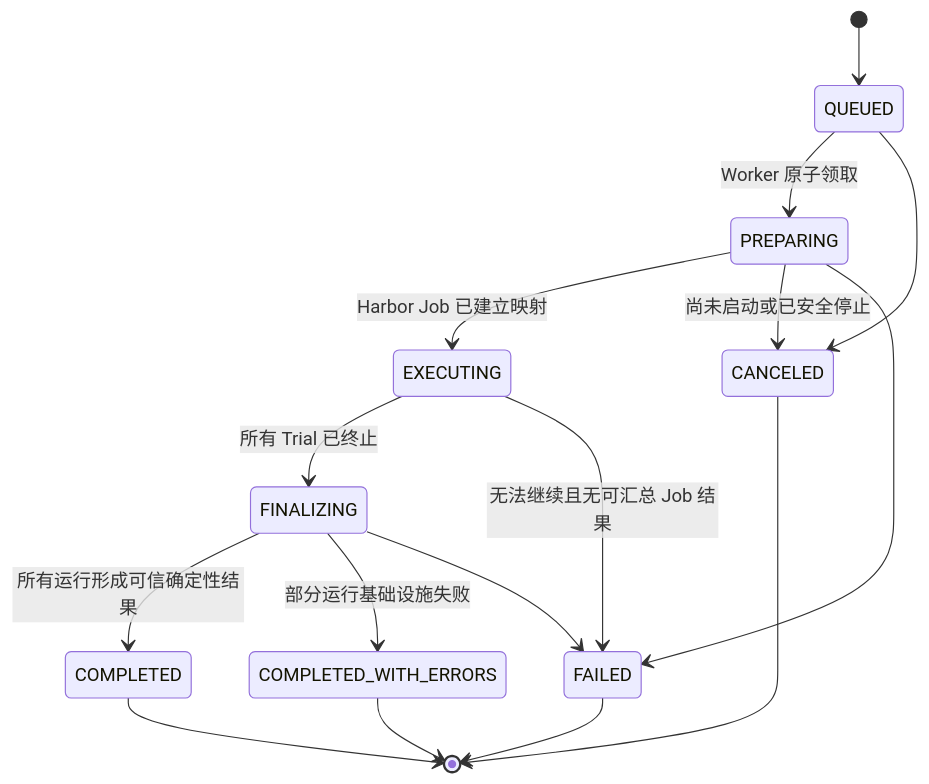
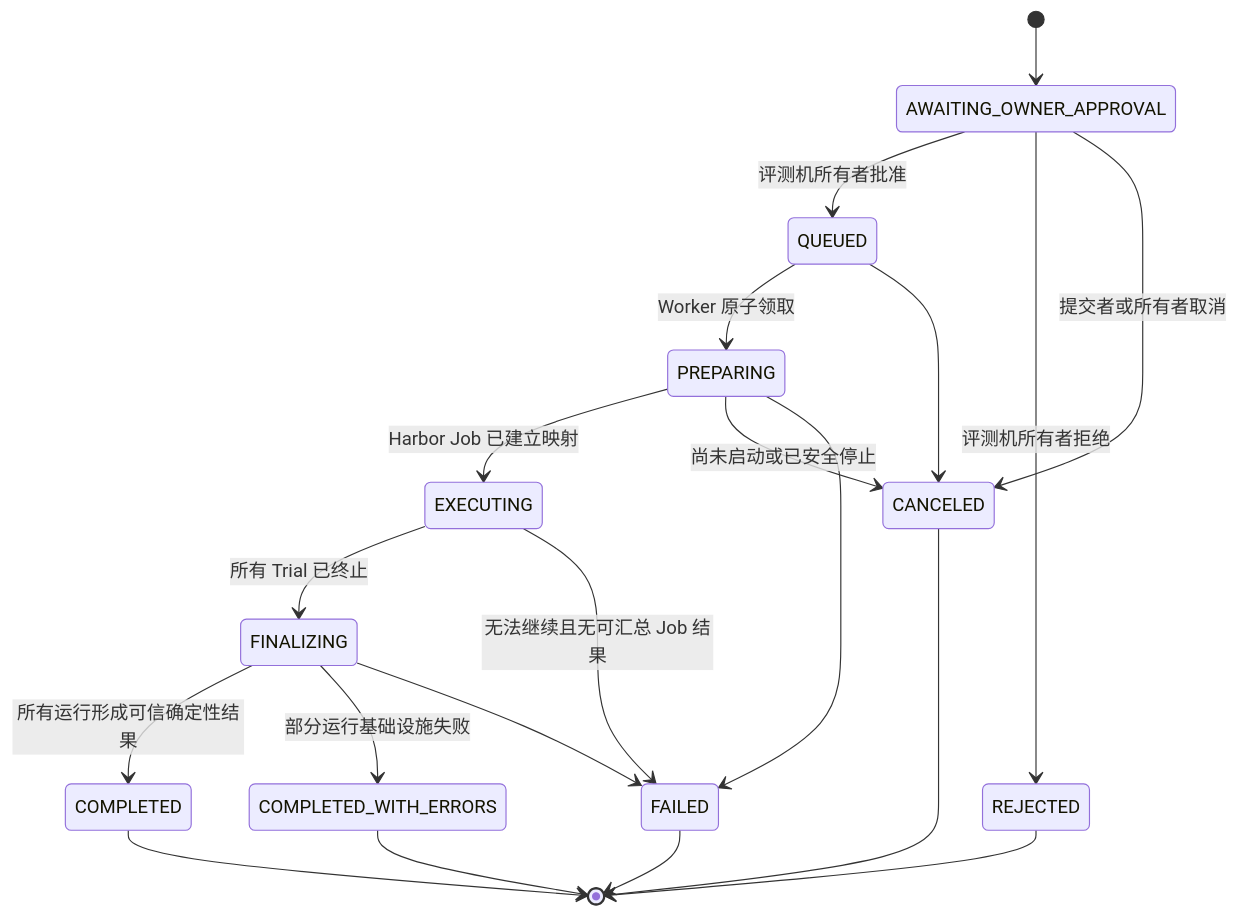
The second of 5 diagrams in docs/architecture/DATA_MODEL.md (anphuchoang5-sys/agent-exam), drawn with Mermaid before and after one commit. The commit also changed other lines of this file and 7 other files, not shown here.

Commit message:
docs: add owner-approved remote evaluation flow

````diff
--- a/docs/architecture/DATA_MODEL.md
+++ b/docs/architecture/DATA_MODEL.md
@@ -326,20 +331,24 @@
 ```mermaid
 stateDiagram-v2
-    [*] --> QUEUED
+    [*] --> AWAITING_OWNER_APPROVAL
+    AWAITING_OWNER_APPROVAL --> QUEUED: 评测机所有者批准
+    AWAITING_OWNER_APPROVAL --> REJECTED: 评测机所有者拒绝
+    AWAITING_OWNER_APPROVAL --> CANCELED: 提交者或所有者取消
     QUEUED --> PREPARING: Worker 原子领取
     PREPARING --> EXECUTING: Harbor Job 已建立映射
     EXECUTING --> FINALIZING: 所有 Trial 已终止
     FINALIZING --> COMPLETED: 所有运行形成可信确定性结果
     FINALIZING --> COMPLETED_WITH_ERRORS: 部分运行基础设施失败
 
     QUEUED --> CANCELED
     PREPARING --> CANCELED: 尚未启动或已安全停止
     PREPARING --> FAILED
     EXECUTING --> FAILED: 无法继续且无可汇总 Job 结果
     FINALIZING --> FAILED
 
     COMPLETED --> [*]
     COMPLETED_WITH_ERRORS --> [*]
     FAILED --> [*]
     CANCELED --> [*]
+    REJECTED --> [*]
 ```
````
